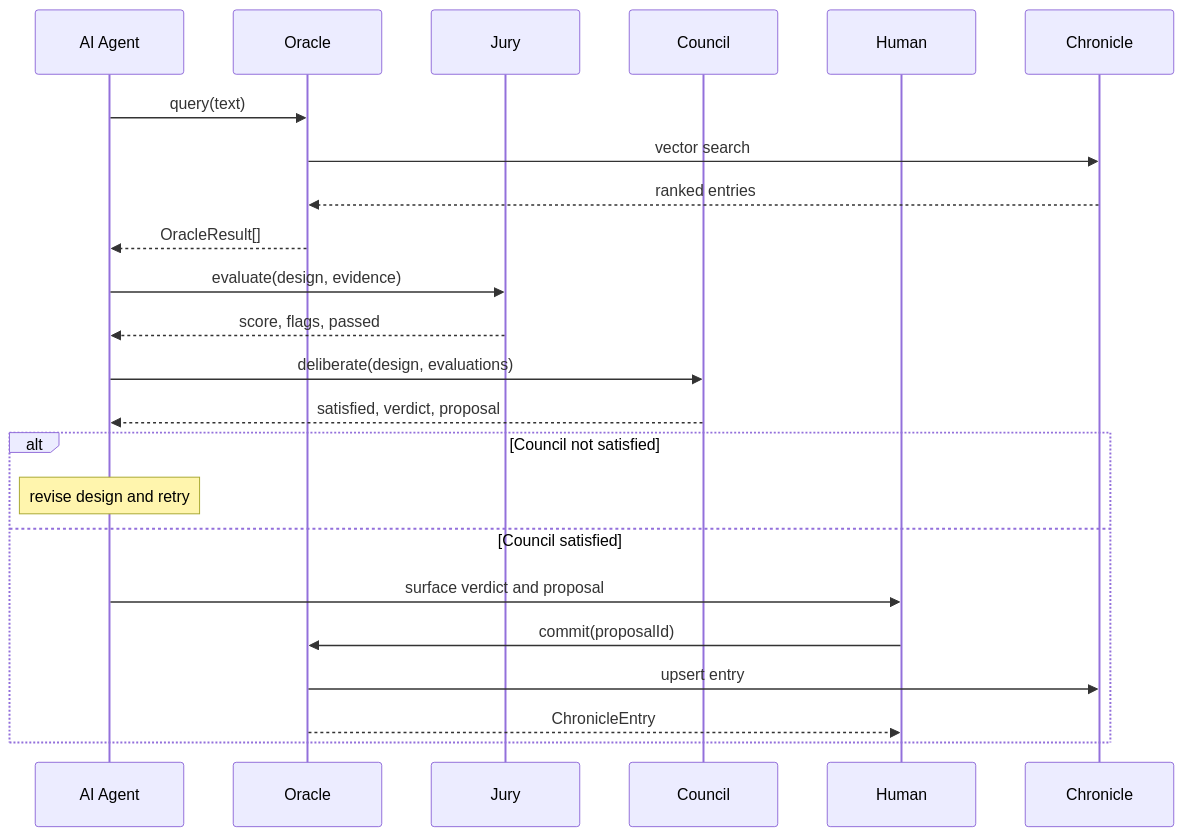
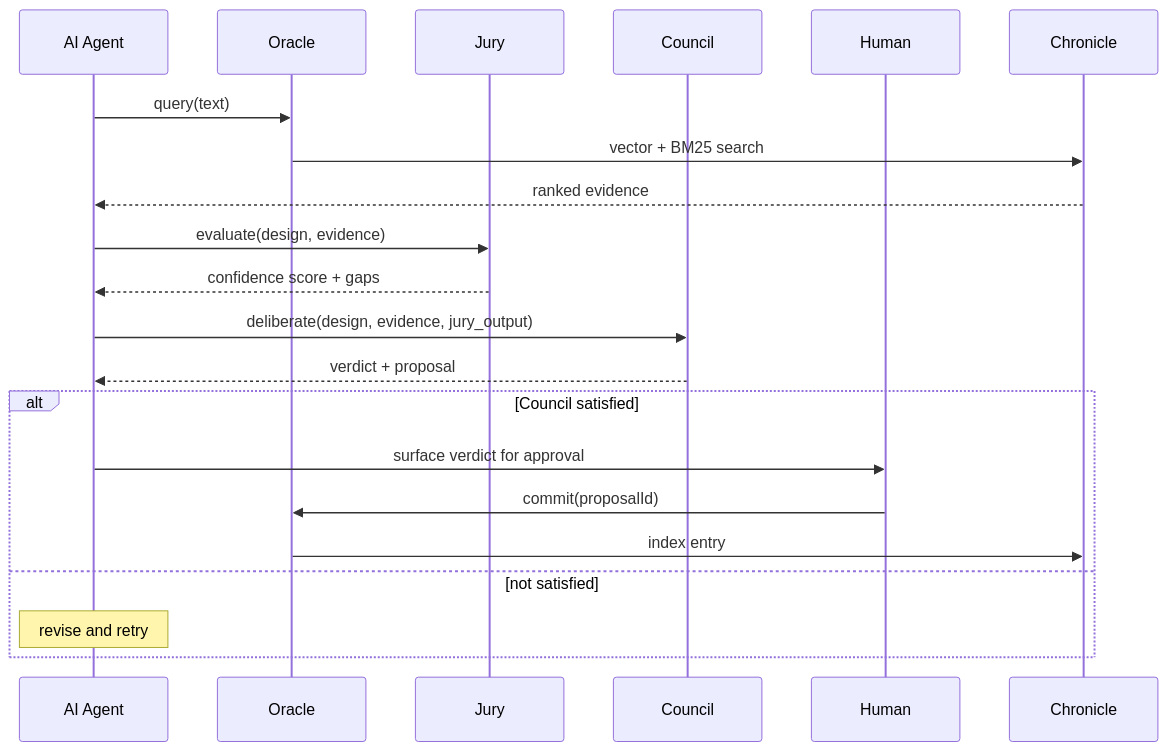
The diagram in README.md (balpal4495/Quorum), drawn with Mermaid before and after one commit. The commit also changed other lines of this file and 1 other file, not shown here.

````diff
--- a/README.md
+++ b/README.md
@@ -47,29 +44,27 @@
 ```mermaid
 sequenceDiagram
     participant Agent as AI Agent
     participant Oracle
     participant Jury
     participant Council
     participant Human
     participant Chronicle
 
     Agent->>Oracle: query(text)
-    Oracle->>Chronicle: vector search
-    Chronicle-->>Oracle: ranked entries
-    Oracle-->>Agent: OracleResult[]
+    Oracle->>Chronicle: vector + BM25 search
+    Chronicle-->>Agent: ranked evidence
 
     Agent->>Jury: evaluate(design, evidence)
-    Jury-->>Agent: score, flags, passed
+    Jury-->>Agent: confidence score + gaps
 
-    Agent->>Council: deliberate(design, evaluations)
-    Council-->>Agent: satisfied, verdict, proposal
+    Agent->>Council: deliberate(design, evidence, jury_output)
+    Council-->>Agent: verdict + proposal
 
-    alt Council not satisfied
-        Note over Agent: revise design and retry
-    else Council satisfied
-        Agent->>Human: surface verdict and proposal
+    alt Council satisfied
+        Agent->>Human: surface verdict for approval
         Human->>Oracle: commit(proposalId)
-        Oracle->>Chronicle: upsert entry
-        Oracle-->>Human: ChronicleEntry
+        Oracle->>Chronicle: index entry
+    else not satisfied
+        Note over Agent: revise and retry
     end
 ```
````
